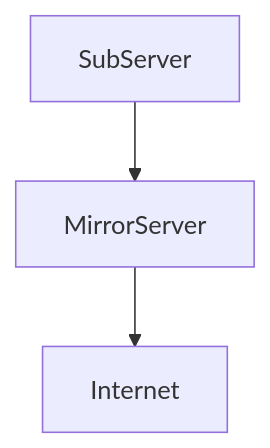
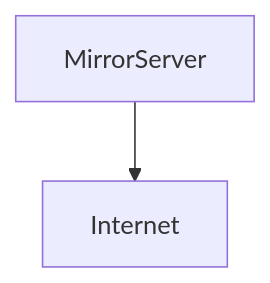
Before and after one commit to spawnmarvel/linux-and-azure: the diagram in azure-extra-linux-vm-mirror/README.md, drawn with Mermaid.

Commit message:
ubuntu mirror server

````diff
--- a/azure-extra-linux-vm-mirror/README.md
+++ b/azure-extra-linux-vm-mirror/README.md
@@ -12,6 +12,6 @@
 ```mermaid
 graph TD;
     MirrorServer-->Internet;
-    SubServer-->MirrorServer;
+  
    
 ```
````
